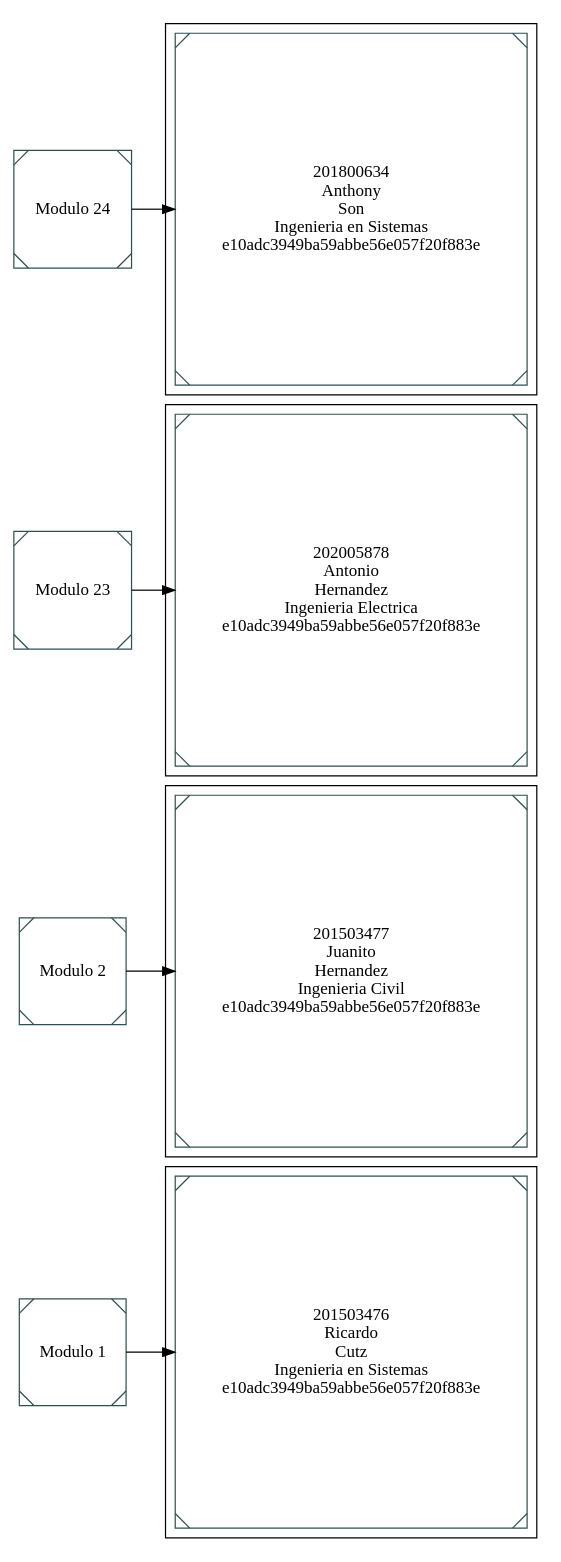
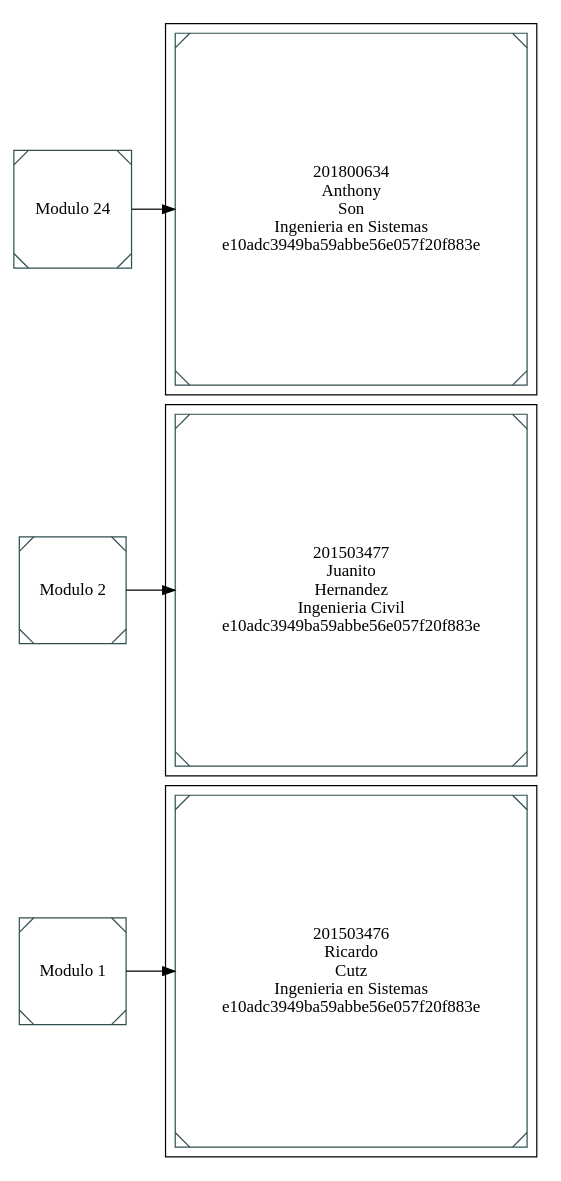
One commit to LinkSon-PC/EDD_1S2020_PY2_201800634 changed the diagram in [EDD]Proyecto2_201800634/THash.dot. Above: the diagram before and after it, drawn with Graphviz. The commit also changed 6 other files, not shown here.

```diff
--- a/[EDD]Proyecto2_201800634/THash.dot
+++ b/[EDD]Proyecto2_201800634/THash.dot
@@ -1,34 +1,26 @@
 digraph G { rankdir = LR; 
- node[shape=Msquare  color = darkslategray text=white gradientangle=90];Nodo2037666881[label =" Modulo 1"] 
-subgraph cluster_2037666881 {  node[shape=Msquare  color = darkslategray text=white gradientangle=90]; 
-708339470[label="201503476
+ node[shape=Msquare  color = darkslategray text=white gradientangle=90];Nodo2076201091[label =" Modulo 1"] 
+subgraph cluster_2076201091 {  node[shape=Msquare  color = darkslategray text=white gradientangle=90]; 
+2109767532[label="201503476
 Ricardo
 Cutz
 Ingenieria en Sistemas
 e10adc3949ba59abbe56e057f20f883e"]
-}Nodo2037666881->708339470
-Nodo889089265[label =" Modulo 2"] 
-subgraph cluster_889089265 {  node[shape=Msquare  color = darkslategray text=white gradientangle=90]; 
-784698553[label="201503477
+}Nodo2076201091->2109767532
+Nodo1913778474[label =" Modulo 2"] 
+subgraph cluster_1913778474 {  node[shape=Msquare  color = darkslategray text=white gradientangle=90]; 
+67093660[label="201503477
 Juanito
 Hernandez
 Ingenieria Civil
 e10adc3949ba59abbe56e057f20f883e"]
-}Nodo889089265->784698553
-Nodo1967653756[label =" Modulo 23"] 
-subgraph cluster_1967653756 {  node[shape=Msquare  color = darkslategray text=white gradientangle=90]; 
-471931596[label="202005878
-Antonio
-Hernandez
-Ingenieria Electrica
-e10adc3949ba59abbe56e057f20f883e"]
-}Nodo1967653756->471931596
-Nodo1543464029[label =" Modulo 24"] 
-subgraph cluster_1543464029 {  node[shape=Msquare  color = darkslategray text=white gradientangle=90]; 
-1499302879[label="201800634
+}Nodo1913778474->67093660
+Nodo2036521496[label =" Modulo 24"] 
+subgraph cluster_2036521496 {  node[shape=Msquare  color = darkslategray text=white gradientangle=90]; 
+71576204[label="201800634
 Anthony
 Son
 Ingenieria en Sistemas
 e10adc3949ba59abbe56e057f20f883e"]
-}Nodo1543464029->1499302879
+}Nodo2036521496->71576204
 } 
```
